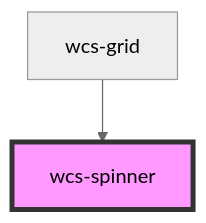
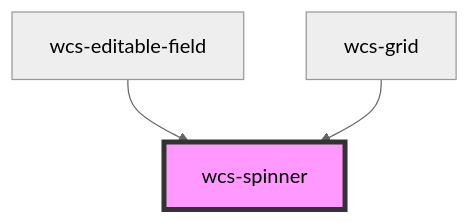
One commit to SNCFdevelopers/wcs changed the diagram in src/components/spinner/readme.md. Above: the diagram before and after it, drawn with Mermaid (neutral theme). The commit also changed other lines of this file and 15 other files, not shown here.

Commit message:
feat(editable-field): first version for input, textarea and select

````diff
--- a/src/components/spinner/readme.md
+++ b/src/components/spinner/readme.md
@@ -52,5 +53,6 @@
 ```mermaid
 graph TD;
+  wcs-editable-field --> wcs-spinner
   wcs-grid --> wcs-spinner
   style wcs-spinner fill:#f9f,stroke:#333,stroke-width:4px
 ```
````
